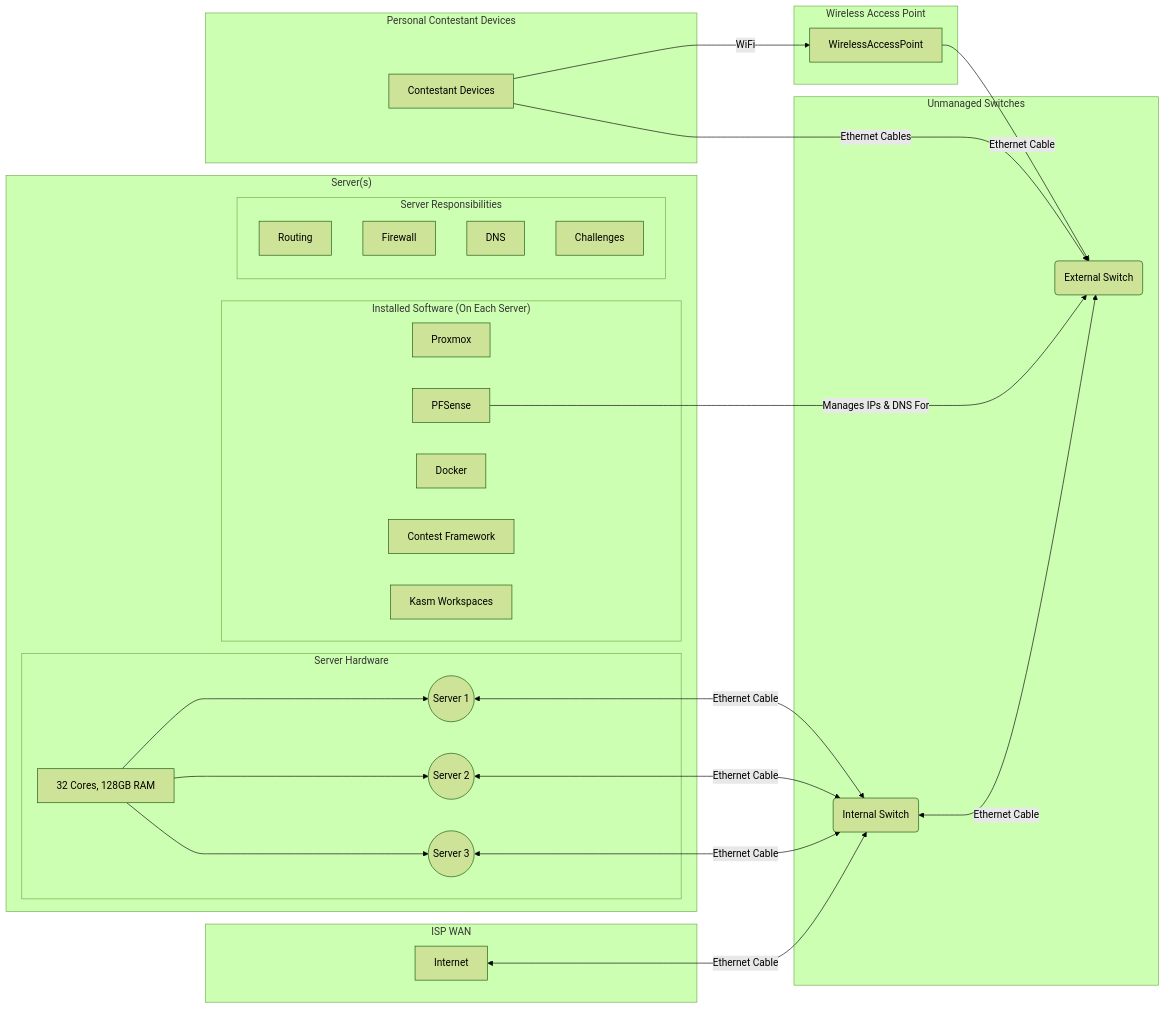
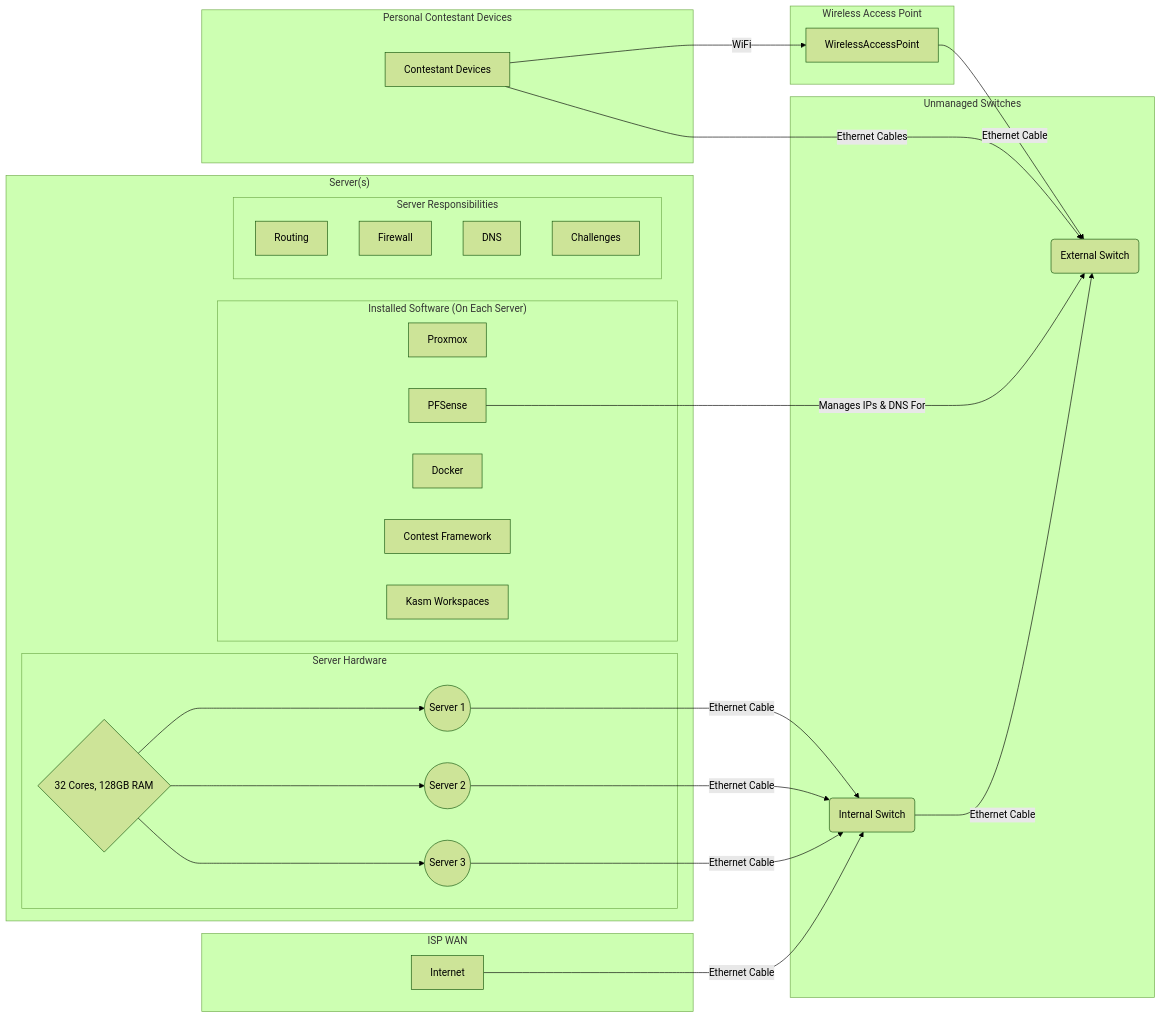
One commit to S0t0l0/cygame changed the diagram in README.md. Above: the diagram before and after it, drawn with Mermaid (forest theme).

Commit message:
Update README.md
chart formatting updates

````diff
--- a/README.md
+++ b/README.md
@@ -36,61 +36,65 @@
 ```mermaid
 graph LR
-  subgraph "ISP WAN"
+
+subgraph "ISP WAN"
     Internet
-  end
+end
 
-  subgraph "Unmanaged Switches"
+subgraph "Unmanaged Switches"
     InternalSwitch(Internal Switch)
     ExternalSwitch(External Switch)
-  end
+end
 
-  subgraph "Server(s)"
+subgraph "Server(s)"
     subgraph "Server Hardware"
-      Server1((Server 1))
-      Server2((Server 2))
-      Server3((Server 3))
-      ServerSpecs
+        Server1((Server 1))
+        Server2((Server 2))
+        Server3((Server 3))
+        ServerSpecs{32 Cores, 128GB RAM}
     end
+
     subgraph "Installed Software (On Each Server)"
-      Proxmox
-      PFSense
-      Docker
-      ContestFramework
-      KasmWorkspaces
+        Proxmox
+        PFSense
+        Docker
+        ContestFramework
+        KasmWorkspaces
     end
+
     subgraph "Server Responsibilities"
-      Routing[Routing]
-      Firewall[Firewall]
-      DNS[DNS]
-      ContestFramework[Contest Framework]
-      Challenges[Challenges]
-      KasmWorkspaces[Kasm Workspaces]
+        Routing[Routing]
+        Firewall[Firewall]
+        DNS[DNS]
+        ContestFramework[Contest Framework]
+        Challenges[Challenges]
+        KasmWorkspaces[Kasm Workspaces]
     end
-  end
+end
 
-  subgraph "Wireless Access Point"
+subgraph "Wireless Access Point"
     WirelessAccessPoint
-  end
+end
 
-  subgraph "Personal Contestant Devices"
+subgraph "Personal Contestant Devices"
     ContestantDevices[Contestant Devices]
-  end
+end
 
-  Internet <-- Ethernet Cable --> InternalSwitch
+Internet -- Ethernet Cable --> InternalSwitch
 
-  Server1 <-- Ethernet Cable --> InternalSwitch
-  Server2 <-- Ethernet Cable --> InternalSwitch
-  Server3 <-- Ethernet Cable --> InternalSwitch
+Server1 -- Ethernet Cable --> InternalSwitch
+Server2 -- Ethernet Cable --> InternalSwitch
+Server3 -- Ethernet Cable --> InternalSwitch
 
-  ServerSpecs[32 Cores, 128GB RAM] --> Server1
-  ServerSpecs[32 Cores, 128GB RAM] --> Server2
-  ServerSpecs[32 Cores, 128GB RAM] --> Server3
+ServerSpecs --> Server1
+ServerSpecs --> Server2
+ServerSpecs --> Server3
 
-  InternalSwitch <-- Ethernet Cable --> ExternalSwitch
-  WirelessAccessPoint -- Ethernet Cable --> ExternalSwitch
+InternalSwitch -- Ethernet Cable --> ExternalSwitch
+WirelessAccessPoint -- Ethernet Cable --> ExternalSwitch
 
-  PFSense -- Manages IPs & DNS For --> ExternalSwitch
+PFSense -- Manages IPs & DNS For --> ExternalSwitch
 
-  ContestantDevices -- WiFi --> WirelessAccessPoint
-  ContestantDevices -- Ethernet Cables --> ExternalSwitch
+ContestantDevices -- WiFi --> WirelessAccessPoint
+ContestantDevices -- Ethernet Cables --> ExternalSwitch
+
 ```
````
